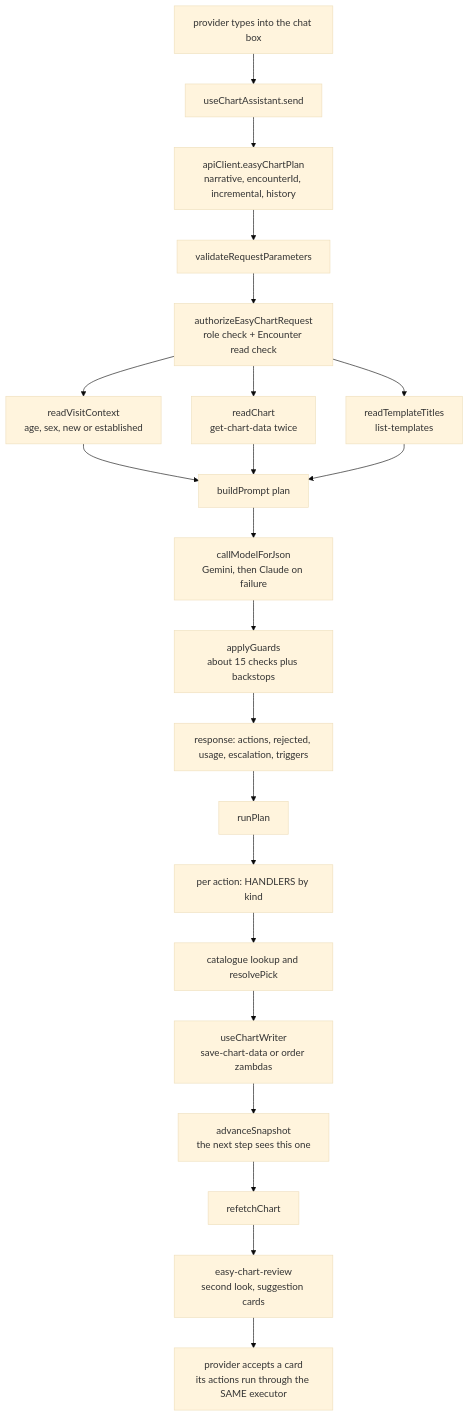
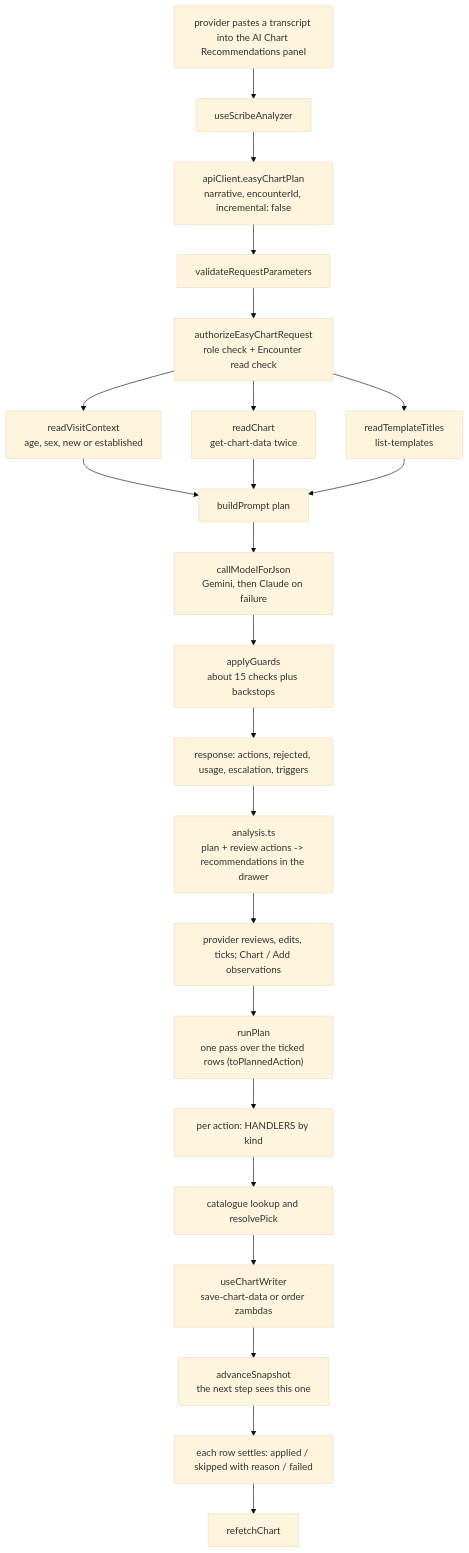
Before and after one commit to masslight/ottehr: the first of 3 diagrams in docs/easy-chart-technical-design.md, drawn with Mermaid (base theme). The commit also changed other lines of this file and 34 other files, not shown here.

````diff
--- a/docs/easy-chart-technical-design.md
+++ b/docs/easy-chart-technical-design.md
@@ -32,27 +32,27 @@
 ```mermaid
 flowchart TD
-    A["provider types into the chat box"] --> B["useChartAssistant.send"]
-    B --> C["apiClient.easyChartPlan<br/>narrative, encounterId, incremental, history"]
+    A["provider pastes a transcript into the AI Chart Recommendations panel"] --> B["useScribeAnalyzer"]
+    B --> C["apiClient.easyChartPlan<br/>narrative, encounterId, incremental: false"]
 
     C --> D["validateRequestParameters"]
     D --> E["authorizeEasyChartRequest<br/>role check + Encounter read check"]
     E --> F["readVisitContext<br/>age, sex, new or established"]
     E --> G["readChart<br/>get-chart-data twice"]
     E --> H["readTemplateTitles<br/>list-templates"]
     F --> I["buildPrompt plan"]
     G --> I
     H --> I
     I --> J["callModelForJson<br/>Gemini, then Claude on failure"]
     J --> K["applyGuards<br/>about 15 checks plus backstops"]
     K --> L["response: actions, rejected, usage, escalation, triggers"]
 
-    L --> M["runPlan"]
+    L --> L2["analysis.ts<br/>plan + review actions -> recommendations in the drawer"]
+    L2 --> L3["provider reviews, edits, ticks; Chart / Add observations"]
+    L3 --> M["runPlan<br/>one pass over the ticked rows (toPlannedAction)"]
     M --> N["per action: HANDLERS by kind"]
     N --> O["catalogue lookup and resolvePick"]
     O --> P["useChartWriter<br/>save-chart-data or order zambdas"]
     P --> Q["advanceSnapshot<br/>the next step sees this one"]
-    Q --> R["refetchChart"]
-
-    R --> S["easy-chart-review<br/>second look, suggestion cards"]
-    S --> T["provider accepts a card<br/>its actions run through the SAME executor"]
+    Q --> R["each row settles: applied / skipped with reason / failed"]
+    R --> S["refetchChart"]
 ```
````
